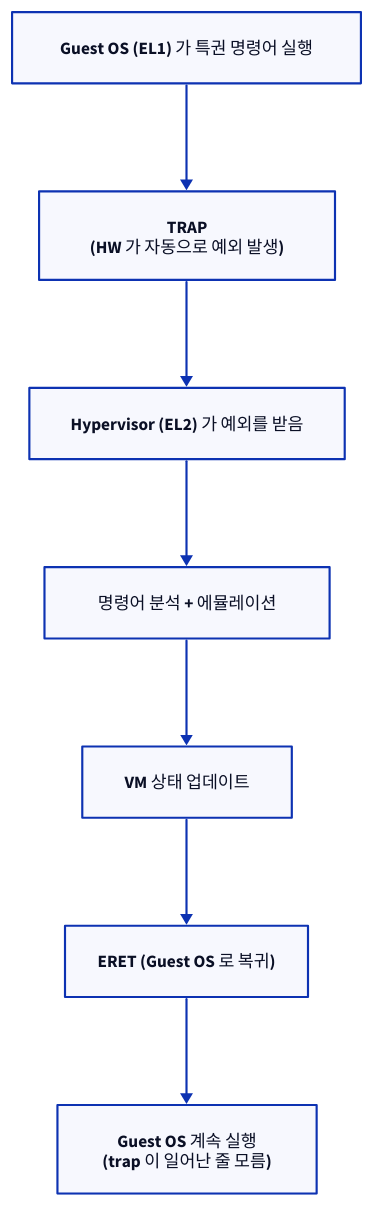
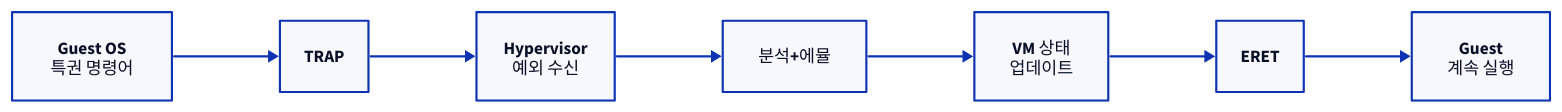
The sixth of 7 diagrams in topics/virtualization/docs/01_virtualization_fundamentals.md (humbleowl39/DV_SKOOL), drawn with D2 before and after one commit. The commit also changed other lines of this file and 90 other files, not shown here.

First line of the commit message:
docs: 전 토픽 다이어그램 정비 — ASCII→D2, mermaid→D2, 과대 D2 가시성 수정

````diff
--- a/topics/virtualization/docs/01_virtualization_fundamentals.md
+++ b/topics/virtualization/docs/01_virtualization_fundamentals.md
@@ -305,17 +305,12 @@
 ```d2
-direction: down
+direction: right
 
-G1: "Guest OS (EL1) 가 특권 명령어 실행"
-TRAP: "TRAP\n(HW 가 자동으로 예외 발생)"
-H1: "Hypervisor (EL2) 가 예외를 받음"
-H2: "명령어 분석 + 에뮬레이션"
-H3: "VM 상태 업데이트"
-ERET: "ERET (Guest OS 로 복귀)"
-G2: "Guest OS 계속 실행\n(trap 이 일어난 줄 모름)"
-G1 -> TRAP
-TRAP -> H1
-H1 -> H2
-H2 -> H3
-H3 -> ERET
-ERET -> G2
+G1: "Guest OS\n특권 명령어"
+TRAP: "TRAP"
+H1: "Hypervisor\n예외 수신"
+H2: "분석+에뮬"
+H3: "VM 상태\n업데이트"
+ERET: "ERET"
+G2: "Guest\n계속 실행"
+G1 -> TRAP -> H1 -> H2 -> H3 -> ERET -> G2
 ```
````
